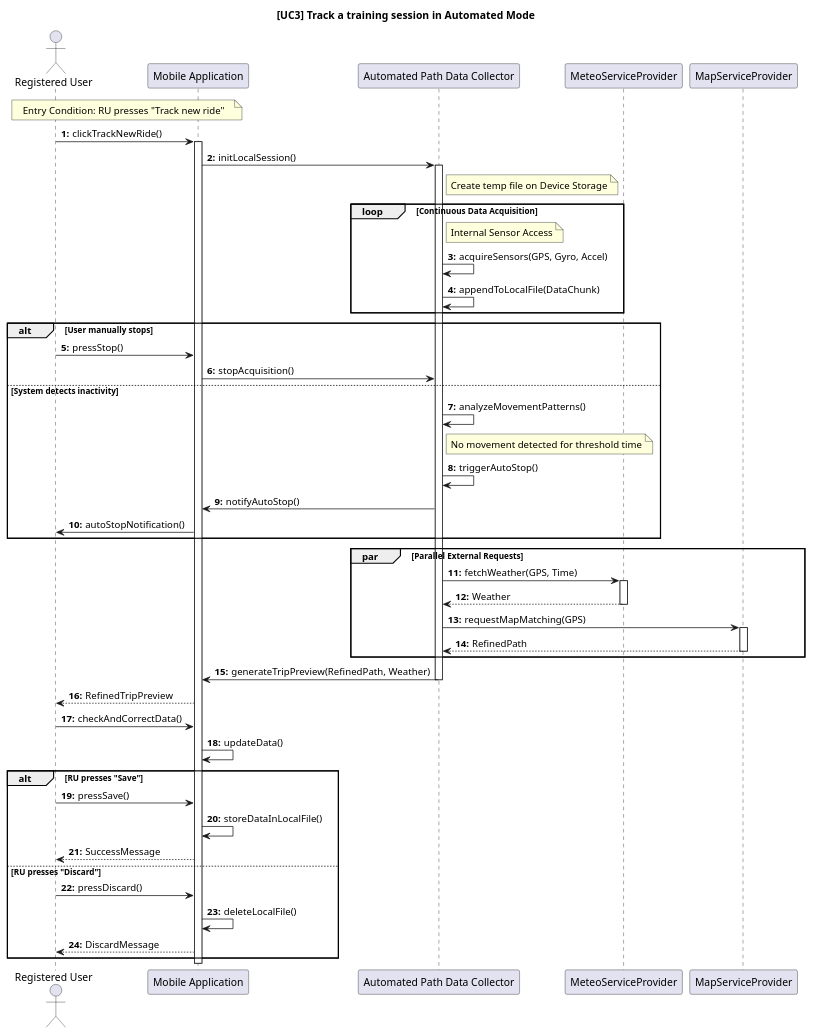
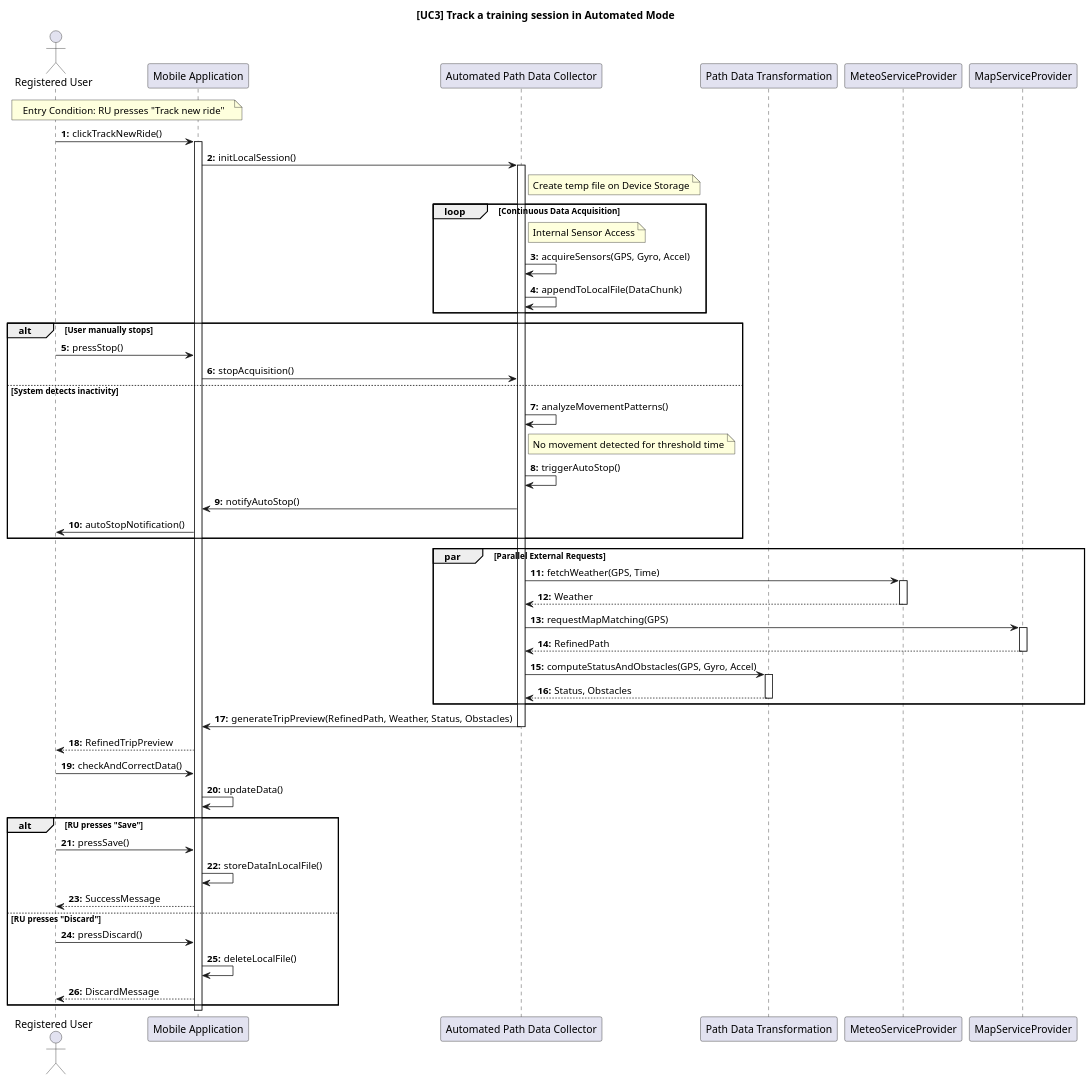
The diagram in DD/sequencediagrams/usecase3.puml (ilevinci/RubinoUvinsiVinciguerra), drawn with PlantUML before and after one commit. The commit also changed 6 other files, not shown here.

Commit message:
Inserted path merging component. Corrected minor issues in sequence diagrams

```diff
--- a/DD/sequencediagrams/usecase3.puml
+++ b/DD/sequencediagrams/usecase3.puml
@@ -1,76 +1,83 @@
 @startuml UC3_TrackAutomatedRide_Final
 autonumber "<b>0:"
 title [UC3] Track a training session in Automated Mode
 
 actor "Registered User" as RU
 participant "Mobile Application" as Client
 participant "Automated Path Data Collector" as APDC
+participant "Path Data Transformation" as PDTS
 
 participant "MeteoServiceProvider" as Meteo
 participant "MapServiceProvider" as Map
 
 ' entry condition
 note over RU, Client: Entry Condition: RU presses "Track new ride"
 
 RU -> Client: clickTrackNewRide()
 activate Client
 
 Client -> APDC: initLocalSession()
 note right of APDC: Create temp file on Device Storage
 
 activate APDC
 loop Continuous Data Acquisition
     note right of APDC: Internal Sensor Access
     APDC -> APDC: acquireSensors(GPS, Gyro, Accel)
     APDC -> APDC: appendToLocalFile(DataChunk)
 end
 
 alt User manually stops
     RU -> Client: pressStop()
     Client -> APDC: stopAcquisition()
 else System detects inactivity
     APDC -> APDC: analyzeMovementPatterns()
     note right of APDC: No movement detected for threshold time
     APDC -> APDC: triggerAutoStop()
     APDC -> Client: notifyAutoStop()
     Client -> RU: autoStopNotification()
 end
 
 
 ' Chiamate dirette dal Client ai Servizi Esterni
 par Parallel External Requests
     ' Meteo
     APDC -> Meteo: fetchWeather(GPS, Time)
     activate Meteo
     Meteo --> APDC: Weather
     deactivate Meteo
     
     ' Map Matching
     APDC -> Map: requestMapMatching(GPS)
     activate Map
     Map --> APDC: RefinedPath
     deactivate Map
+
+    ' Path Status and Obstacles
+    APDC -> PDTS: computeStatusAndObstacles(GPS, Gyro, Accel)
+    activate PDTS
+    PDTS --> APDC: Status, Obstacles
+    deactivate PDTS
 end par
 
 ' Generazione Preview Locale
-APDC -> Client: generateTripPreview(RefinedPath, Weather)
+APDC -> Client: generateTripPreview(RefinedPath, Weather, Status, Obstacles)
 deactivate APDC
 Client --> RU: RefinedTripPreview
 
 RU -> Client: checkAndCorrectData()
 Client -> Client: updateData()
 
 alt RU presses "Save"
     RU -> Client: pressSave()
     
     Client -> Client: storeDataInLocalFile()
     Client --> RU: SuccessMessage
 
 else RU presses "Discard"
     RU -> Client: pressDiscard()
     Client -> Client: deleteLocalFile()
     Client --> RU: DiscardMessage
 end
 
 deactivate Client
 @enduml
```
